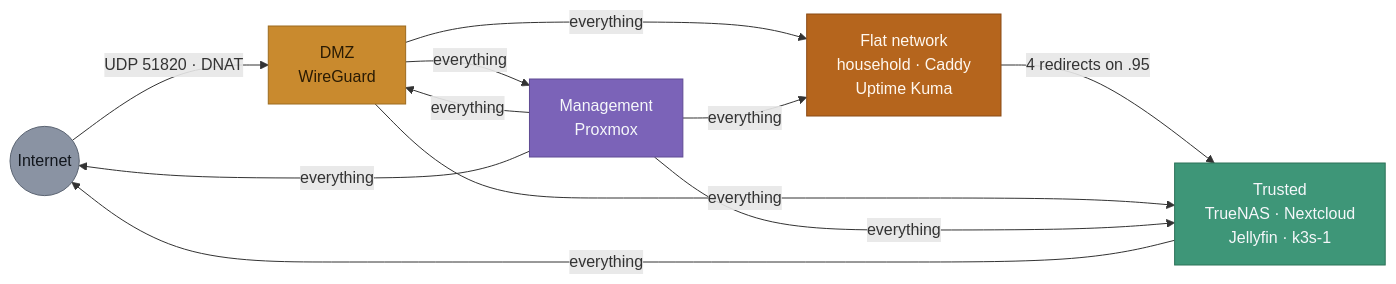
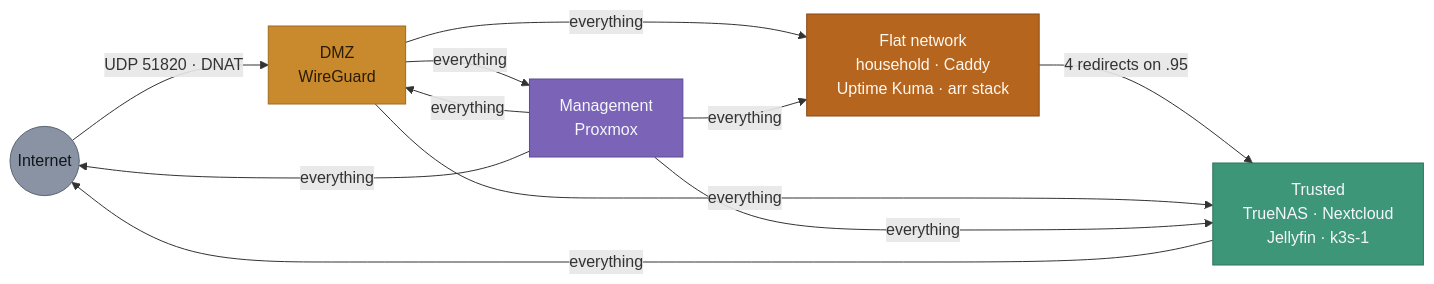
The second of 6 diagrams in docs/NETWORK.md (RuiGRMargarido/homelab), drawn with Mermaid before and after one commit. The commit also changed other lines of this file and 3 other files, not shown here.

````diff
--- a/docs/NETWORK.md
+++ b/docs/NETWORK.md
@@ -287,25 +292,25 @@
 ```mermaid
 flowchart LR
     NET(("Internet")):::neut
     DMZ["DMZ<br/>WireGuard"]:::dmz
     TRU["Trusted<br/>TrueNAS · Nextcloud<br/>Jellyfin · k3s-1"]:::tru
     MGM["Management<br/>Proxmox"]:::mgmt
-    PLA["Flat network<br/>household · Caddy<br/>Uptime Kuma"]:::flat
+    PLA["Flat network<br/>household · Caddy<br/>Uptime Kuma · arr stack"]:::flat
 
     NET -- "UDP 51820 · DNAT" --> DMZ
     PLA -- "4 redirects on .95" --> TRU
     DMZ -- "everything" --> TRU
     DMZ -- "everything" --> MGM
     DMZ -- "everything" --> PLA
     MGM -- "everything" --> DMZ
     MGM -- "everything" --> TRU
     MGM -- "everything" --> PLA
     MGM -- "everything" --> NET
     TRU -- "everything" --> NET
 
     classDef neut fill:#8A93A3,stroke:#5B6472,color:#12161C
     classDef dmz fill:#C98A2E,stroke:#9C6B1F,color:#2A1B04
     classDef mgmt fill:#7B63B8,stroke:#5E4A93,color:#F5F7FA
     classDef tru fill:#3E9678,stroke:#2C7259,color:#F5F7FA
     classDef flat fill:#B5651D,stroke:#8A4A15,color:#FFF8F0
 ```
````
